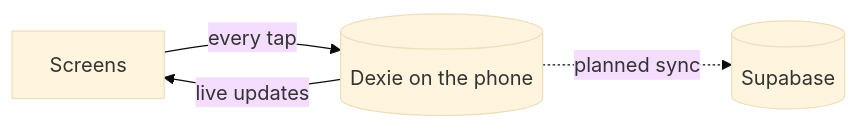
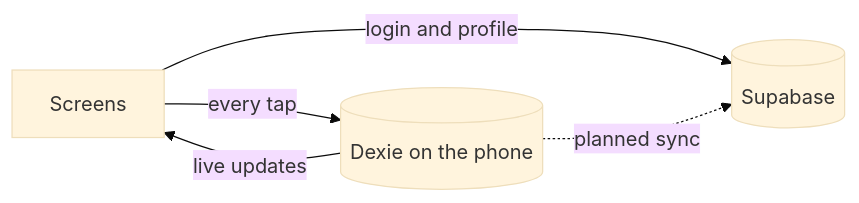
Before and after one commit to raisulconnects/Gym-Kori-Prime: the first of 2 diagrams in README.md, drawn with Mermaid (base theme). The commit also changed other lines of this file and 30 other files, not shown here.

````diff
--- a/README.md
+++ b/README.md
@@ -143,6 +151,7 @@
 ```mermaid
 flowchart LR
     A[Screens] -->|every tap| B[(Dexie on the phone)]
     B -->|live updates| A
-    B -.->|planned sync| C[(Supabase)]
+    A -->|login and profile| C[(Supabase)]
+    B -.->|planned sync| C
 ```
````
